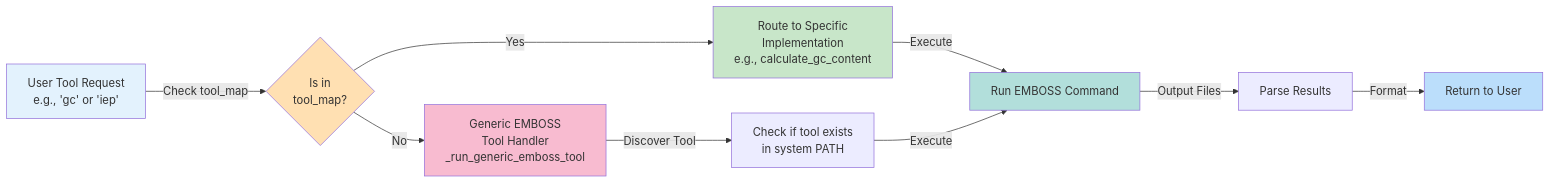
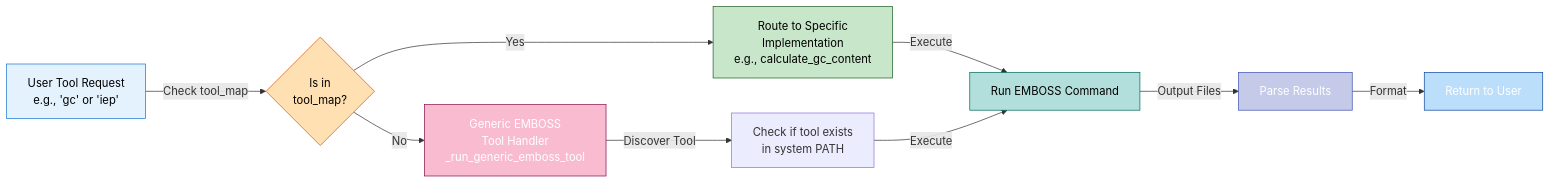
Before and after one commit to caagendaz/BME110-final: the fourth of 9 diagrams in ARCHITECTURE.md, drawn with Mermaid. The commit also changed other lines of this file, not shown here.

First line of the commit message:
Improve Mermaid diagram readability - better colors and layout

````diff
--- a/ARCHITECTURE.md
+++ b/ARCHITECTURE.md
@@ -118,23 +125,24 @@
 ```mermaid
 graph LR
     A["User Tool Request<br/>e.g., 'gc' or 'iep'"]
     
     A -->|Check tool_map| B{Is in<br/>tool_map?}
     
     B -->|Yes| C["Route to Specific<br/>Implementation<br/>e.g., calculate_gc_content"]
     B -->|No| D["Generic EMBOSS<br/>Tool Handler<br/>_run_generic_emboss_tool"]
     
     C -->|Execute| E["Run EMBOSS Command"]
     D -->|Discover Tool| F["Check if tool exists<br/>in system PATH"]
     F -->|Execute| E
     
     E -->|Output Files| G["Parse Results"]
     G -->|Format| H["Return to User"]
     
-    style A fill:#e3f2fd
-    style B fill:#ffe0b2
-    style C fill:#c8e6c9
-    style D fill:#f8bbd0
-    style E fill:#b2dfdb
-    style H fill:#bbdefb
+    style A fill:#e3f2fd,stroke:#1976d2,color:#000000
+    style B fill:#ffe0b2,stroke:#e65100,color:#000000
+    style C fill:#c8e6c9,stroke:#1b5e20,color:#000000
+    style D fill:#f8bbd0,stroke:#880e4f,color:#ffffff
+    style E fill:#b2dfdb,stroke:#00695c,color:#000000
+    style G fill:#c5cae9,stroke:#3f51b5,color:#ffffff
+    style H fill:#bbdefb,stroke:#0d47a1,color:#ffffff
 ```
````
